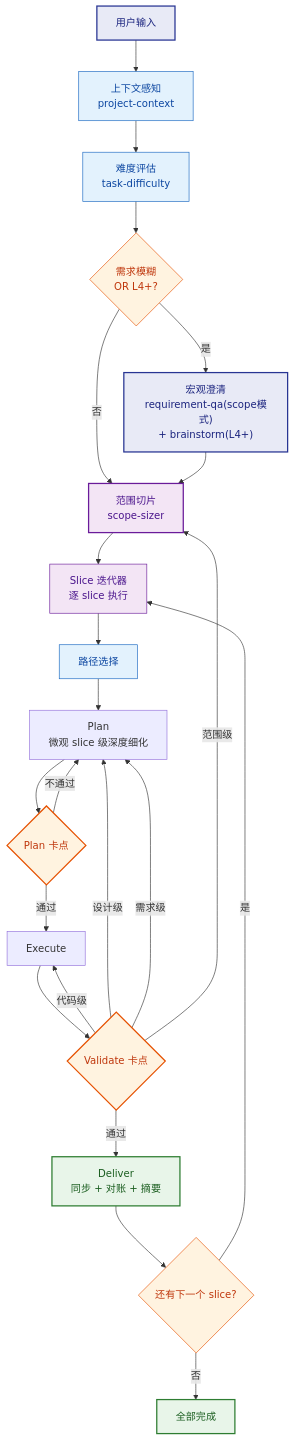
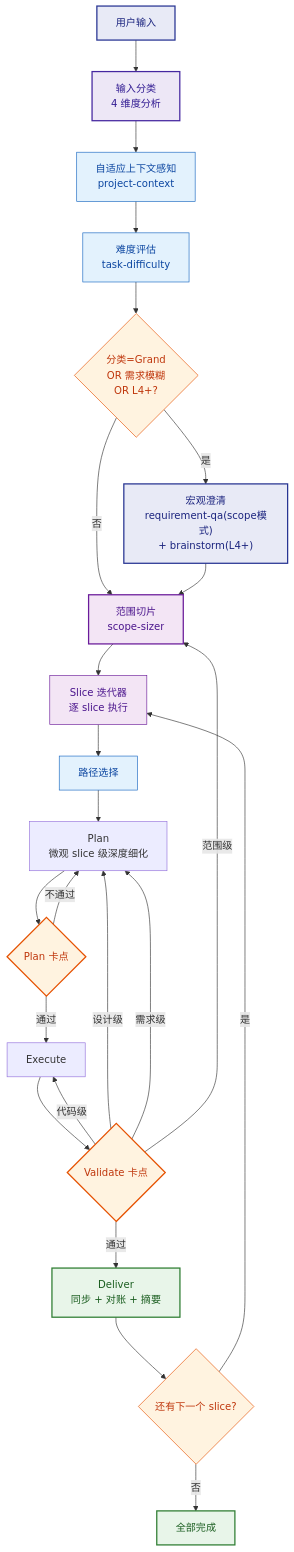
Before and after one commit to YuluoY/Ironweave: the first of 7 diagrams in skills/orchestrator/SKILL.md, drawn with Mermaid. The commit also changed other lines of this file and 20 other files, not shown here.

````diff
--- a/skills/orchestrator/SKILL.md
+++ b/skills/orchestrator/SKILL.md
@@ -17,38 +26,40 @@
 ```mermaid
 graph TB
-    INPUT["用户输入"] --> CTX["上下文感知<br>project-context"]
+    INPUT["用户输入"] --> CLASS["输入分类<br>4 维度分析"]
+    CLASS --> CTX["自适应上下文感知<br>project-context"]
     CTX --> SCORE["难度评估<br>task-difficulty"]
-    SCORE --> NEED_CL{"需求模糊<br>OR L4+?"}
+    SCORE --> NEED_CL{"分类=Grand<br>OR 需求模糊<br>OR L4+?"}
     NEED_CL -->|"是"| CLARIFY["宏观澄清<br>requirement-qa(scope模式)<br>+ brainstorm(L4+)"]
     NEED_CL -->|"否"| SLICE
     CLARIFY --> SLICE["范围切片<br>scope-sizer"]
     SLICE --> LOOP["Slice 迭代器<br>逐 slice 执行"]
     LOOP --> ROUTE["路径选择"]
     ROUTE --> PLAN["Plan<br>微观 slice 级深度细化"]
     PLAN --> GATE_P{"Plan 卡点"}
     GATE_P -->|"通过"| EXEC["Execute"]
     GATE_P -->|"不通过"| PLAN
     EXEC --> GATE_V{"Validate 卡点"}
     GATE_V -->|"通过"| DELIVER["Deliver<br>同步 + 对账 + 摘要"]
     GATE_V -->|"代码级"| EXEC
     GATE_V -->|"设计级"| PLAN
     GATE_V -->|"需求级"| PLAN
     GATE_V -->|"范围级"| SLICE
     DELIVER --> NEXT{"还有下一个 slice?"}
     NEXT -->|"是"| LOOP
     NEXT -->|"否"| DONE["全部完成"]
 
     style INPUT fill:#e8eaf6,stroke:#283593,color:#1a237e,stroke-width:2px
+    style CLASS fill:#ede7f6,stroke:#4527a0,color:#311b92,stroke-width:2px
     style CTX fill:#e3f2fd,stroke:#1565c0,color:#0d47a1
     style SCORE fill:#e3f2fd,stroke:#1565c0,color:#0d47a1
     style NEED_CL fill:#fff3e0,stroke:#e65100,color:#bf360c
     style CLARIFY fill:#e8eaf6,stroke:#283593,color:#1a237e,stroke-width:2px
     style SLICE fill:#f3e5f5,stroke:#6a1b9a,color:#4a148c,stroke-width:2px
     style LOOP fill:#f3e5f5,stroke:#6a1b9a,color:#4a148c
     style ROUTE fill:#e3f2fd,stroke:#1565c0,color:#0d47a1
     style GATE_P fill:#fff3e0,stroke:#e65100,color:#bf360c,stroke-width:2px
     style GATE_V fill:#fff3e0,stroke:#e65100,color:#bf360c,stroke-width:2px
     style DELIVER fill:#e8f5e9,stroke:#2e7d32,color:#1b5e20,stroke-width:2px
     style NEXT fill:#fff3e0,stroke:#e65100,color:#bf360c
     style DONE fill:#e8f5e9,stroke:#2e7d32,color:#1b5e20,stroke-width:2px
 ```
````
